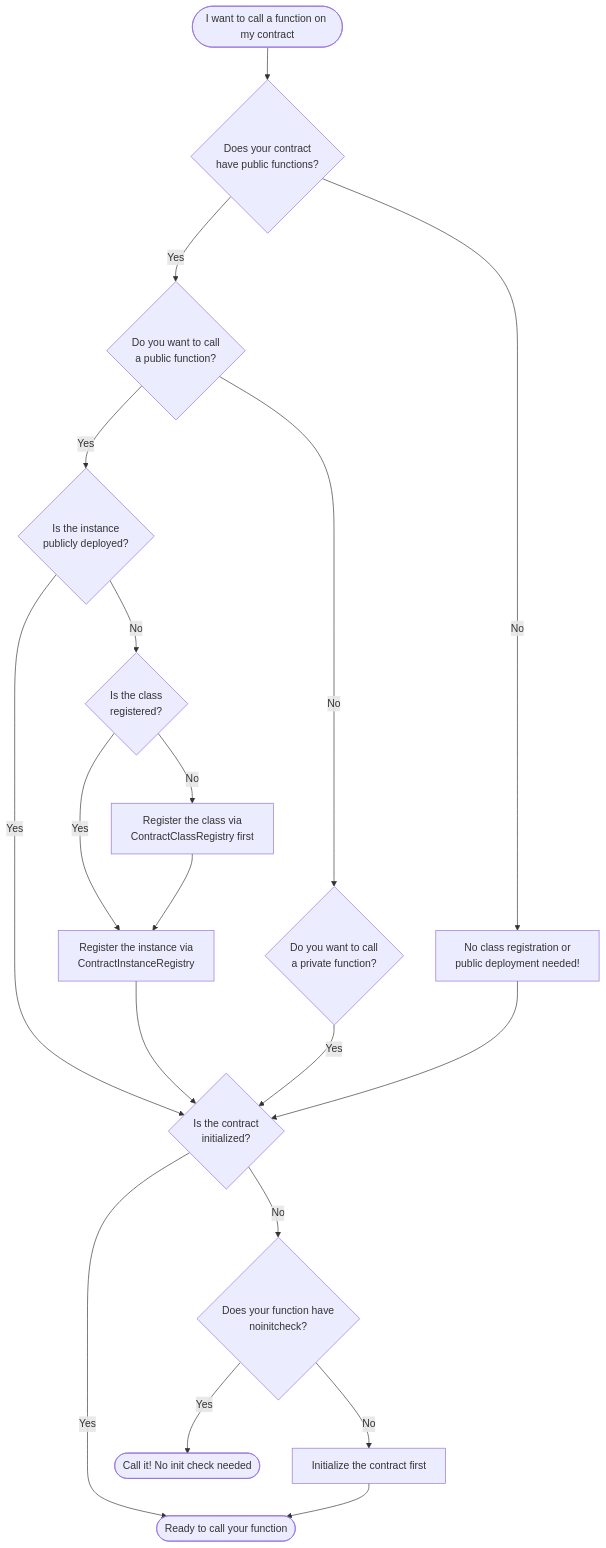
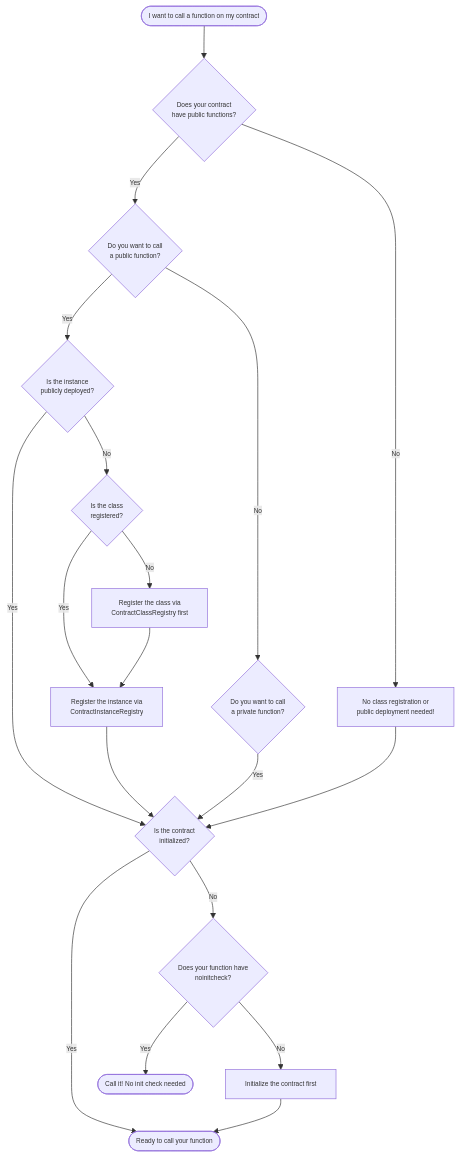
The diagram in docs/docs-developers/docs/aztec-nr/contract_readiness_states.md (jp4g/aztec-packages-note-discovery), drawn with Mermaid before and after one commit. The commit also changed 1 other file, not shown here.

Commit message:
docs: reduce mermaid diagram font size for better readability

````diff
--- a/docs/docs-developers/docs/aztec-nr/contract_readiness_states.md
+++ b/docs/docs-developers/docs/aztec-nr/contract_readiness_states.md
@@ -26,28 +26,29 @@
 ```mermaid
+%%{init: {'themeVariables': {'fontSize': '10px'}}}%%
 flowchart TD
     Start([I want to call a function on my contract]) --> HasPublic{Does your contract<br/>have public functions?}
 
     HasPublic -->|Yes| WantPublic{Do you want to call<br/>a public function?}
     HasPublic -->|No| PrivateOnly[No class registration or<br/>public deployment needed!]
 
     WantPublic -->|Yes| InstanceDeployed{Is the instance<br/>publicly deployed?}
     WantPublic -->|No| WantPrivate{Do you want to call<br/>a private function?}
 
     InstanceDeployed -->|Yes| CheckInit{Is the contract<br/>initialized?}
     InstanceDeployed -->|No| ClassRegistered{Is the class<br/>registered?}
 
     ClassRegistered -->|Yes| NeedInstance[Register the instance via<br/>ContractInstanceRegistry]
     ClassRegistered -->|No| NeedClass[Register the class via<br/>ContractClassRegistry first]
     NeedClass --> NeedInstance
     NeedInstance --> CheckInit
 
     WantPrivate -->|Yes| CheckInit
     PrivateOnly --> CheckInit
 
     CheckInit -->|Yes| Ready([Ready to call your function])
     CheckInit -->|No| HasInitializer{"Does your function have<br/>noinitcheck?"}
 
     HasInitializer -->|Yes| ReadyNoInit([Call it! No init check needed])
     HasInitializer -->|No| MustInit[Initialize the contract first]
     MustInit --> Ready
 ```
````
